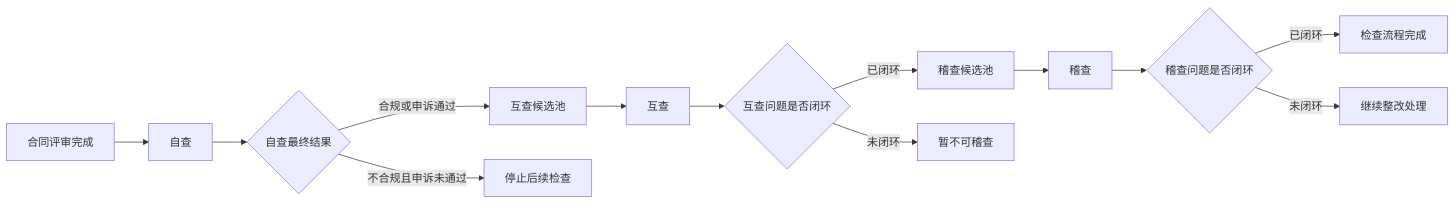
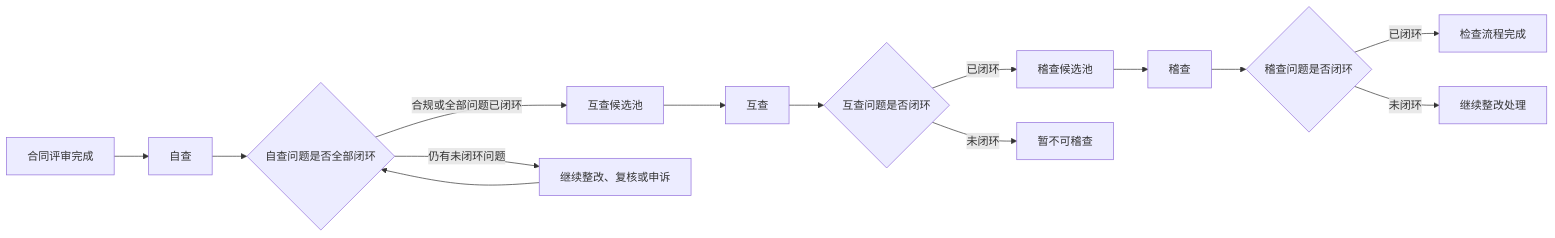
Before and after one commit to LRainD/LRainD.github.io: the seventh of 16 diagrams in axureMake/docs/四局一单一检/prd.md, drawn with Mermaid. The commit also changed other lines of this file and 25 other files, not shown here.

````diff
--- a/axureMake/docs/四局一单一检/prd.md
+++ b/axureMake/docs/四局一单一检/prd.md
@@ -590,17 +557,18 @@
 ```mermaid
 flowchart LR
     A[合同评审完成] --> B[自查]
-    B --> C{自查最终结果}
-    C -->|合规或申诉通过| D[互查候选池]
-    C -->|不合规且申诉未通过| E[停止后续检查]
+    B --> C{自查问题是否全部闭环}
+    C -->|合规或全部问题已闭环| D[互查候选池]
+    C -->|仍有未闭环问题| E[继续整改、复核或申诉]
+    E --> C
 
     D --> F[互查]
     F --> G{互查问题是否闭环}
     G -->|已闭环| H[稽查候选池]
     G -->|未闭环| I[暂不可稽查]
 
     H --> J[稽查]
     J --> K{稽查问题是否闭环}
     K -->|已闭环| L[检查流程完成]
     K -->|未闭环| M[继续整改处理]
 ```
````
